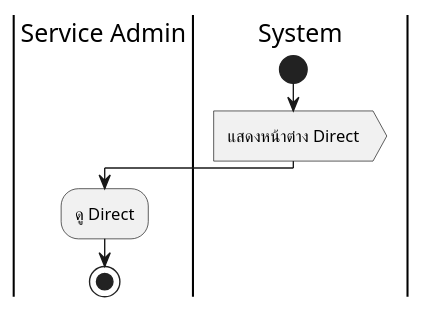
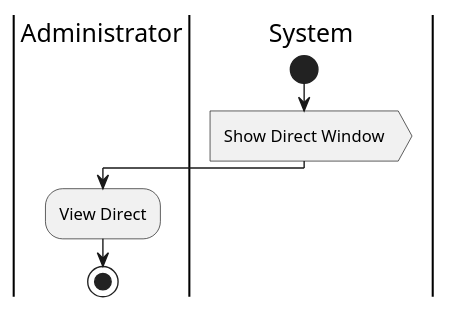
Before and after one commit to Meenkonlapat/RPA-Project: the diagram in User Activity/Process 2 Booking Order/u1-view Direct.wsd, drawn with PlantUML. The commit also changed 19 other files, not shown here.

```diff
--- a/User Activity/Process 2 Booking Order/u1-view Direct.wsd
+++ b/User Activity/Process 2 Booking Order/u1-view Direct.wsd
@@ -1,9 +1,9 @@
 @startuml
-|Service Admin|
+|Administrator|
 |System|
 start
-:แสดงหน้าต่าง Direct>
-|Service Admin|
-:ดู Direct;
+:Show Direct Window>
+|Administrator|
+:View Direct;
 stop
 @enduml
```
